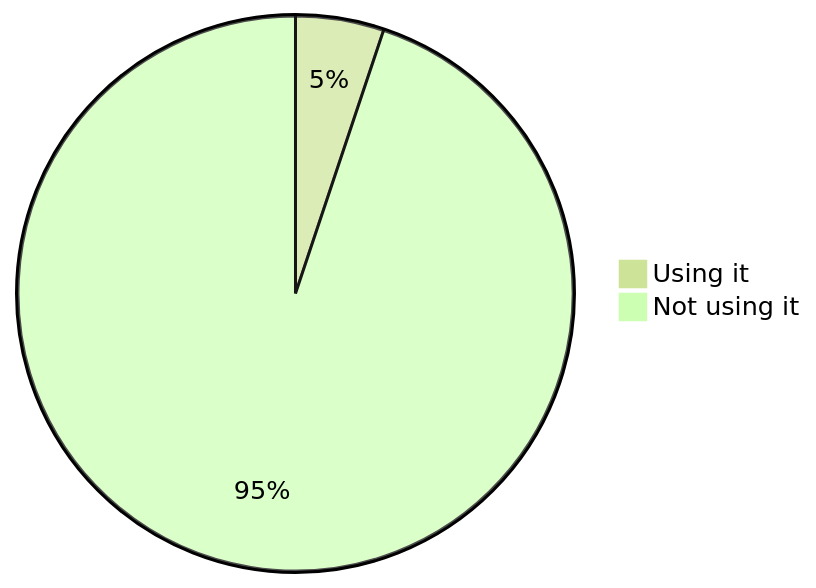
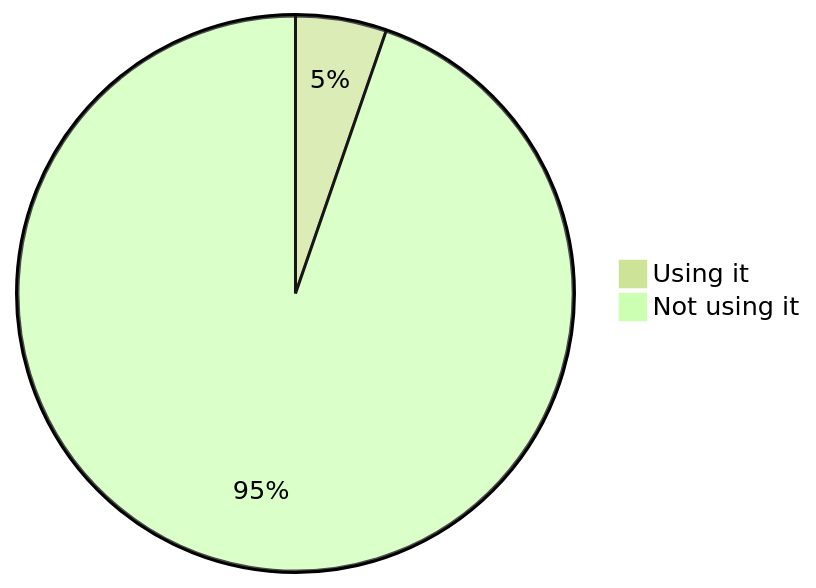
Diagram 11 of 22 in stats.md (oshp/oshp-stats), drawn with Mermaid (forest theme) before and after one commit. The commit also changed other lines of this file, not shown here.

````diff
--- a/stats.md
+++ b/stats.md
@@ -130,6 +130,6 @@
 ```mermaid
 pie
-	"Using it" : 5.14
-	"Not using it" : 94.86
+	"Using it" : 5.29
+	"Not using it" : 94.71
 
 ```
````
